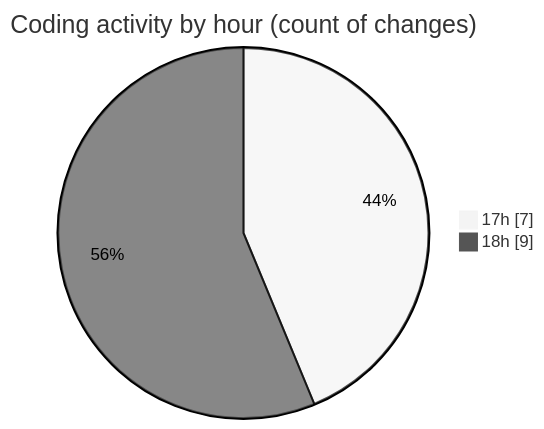
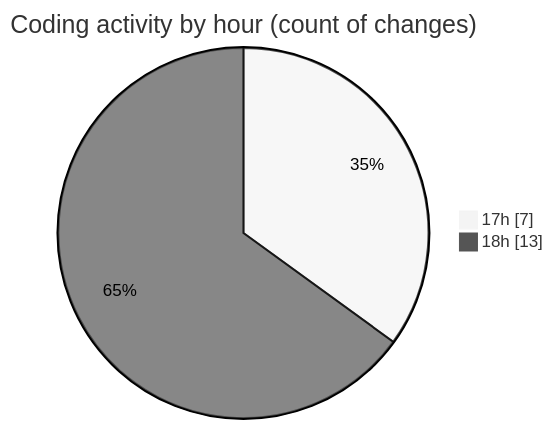
The second of 2 diagrams in 2025-05-22/expensetracker/README.md (Ritupan-Deka/code-tracking), drawn with Mermaid (neutral theme) before and after one commit. The commit also changed other lines of this file and 1 other file, not shown here.

````diff
--- a/2025-05-22/expensetracker/README.md
+++ b/2025-05-22/expensetracker/README.md
@@ -36,6 +38,6 @@
 ```mermaid
 pie showData
 title Coding activity by hour (count of changes)
 "17h" : 7
-"18h" : 9
+"18h" : 13
 ```
````
